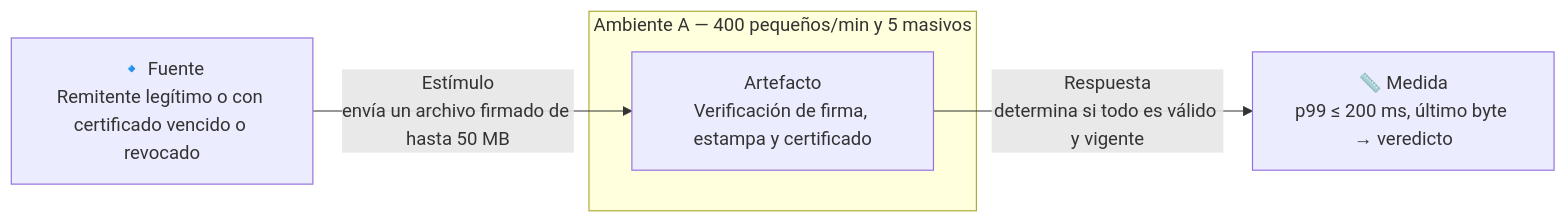
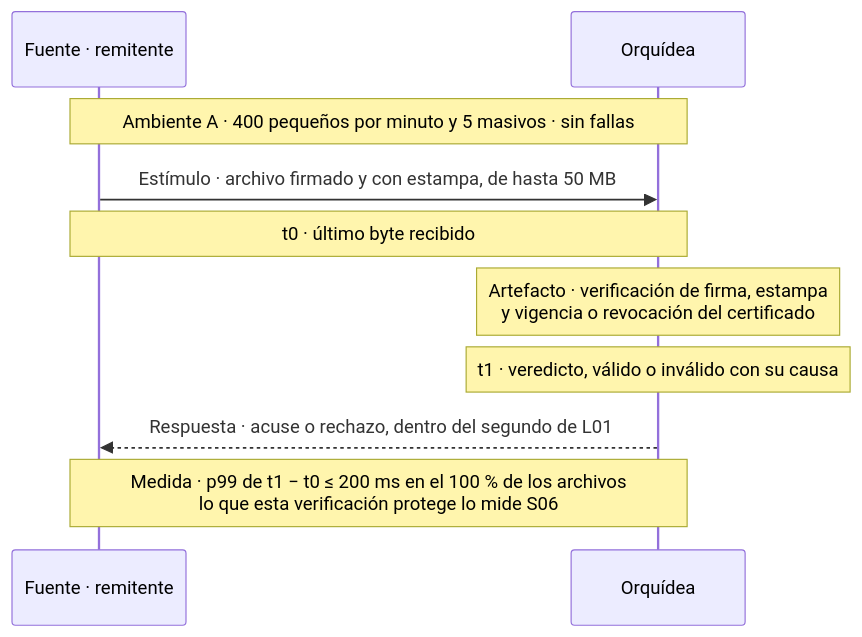
Before and after one commit to MATI-MBIT/arqsoft-reto-4: the fifth of 17 diagrams in docs/quality-attributes.md, drawn with Mermaid. The commit also changed other lines of this file, not shown here.

Commit message:
Cambia los diagramas de los ASR por diagramas de secuencia con t0, t1 y la medida

````diff
--- a/docs/quality-attributes.md
+++ b/docs/quality-attributes.md
@@ -246,9 +277,12 @@
 ```mermaid
-flowchart LR
-    F["🔹 Fuente<br/>Remitente legítimo o con certificado vencido o revocado"]
-    F -- "Estímulo<br/>envía un archivo firmado de hasta 50 MB" --> A
-    subgraph AMB["Ambiente A — 400 pequeños/min y 5 masivos"]
-        A["Artefacto<br/>Verificación de firma, estampa y certificado"]
-    end
-    A -- "Respuesta<br/>determina si todo es válido y vigente" --> M["📏 Medida<br/>p99 ≤ 200 ms, último byte → veredicto"]
+sequenceDiagram
+    participant R as Fuente · remitente
+    participant O as Orquídea
+    Note over R,O: Ambiente A · 400 pequeños por minuto y 5 masivos · sin fallas
+    R->>O: Estímulo · archivo firmado y con estampa, de hasta 50 MB
+    Note over R,O: t0 · último byte recibido
+    Note over O: Artefacto · verificación de firma, estampa<br/>y vigencia o revocación del certificado
+    Note over O: t1 · veredicto, válido o inválido con su causa
+    O-->>R: Respuesta · acuse o rechazo, dentro del segundo de L01
+    Note over R,O: Medida · p99 de t1 − t0 ≤ 200 ms en el 100 % de los archivos<br/>lo que esta verificación protege lo mide S06
 ```
````
